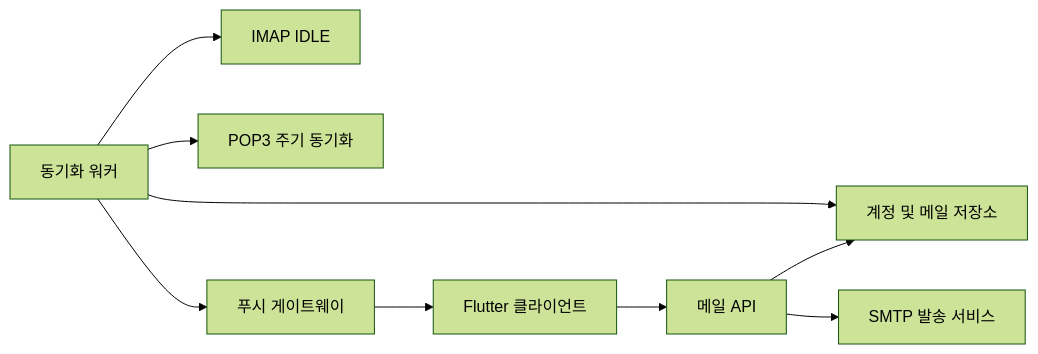
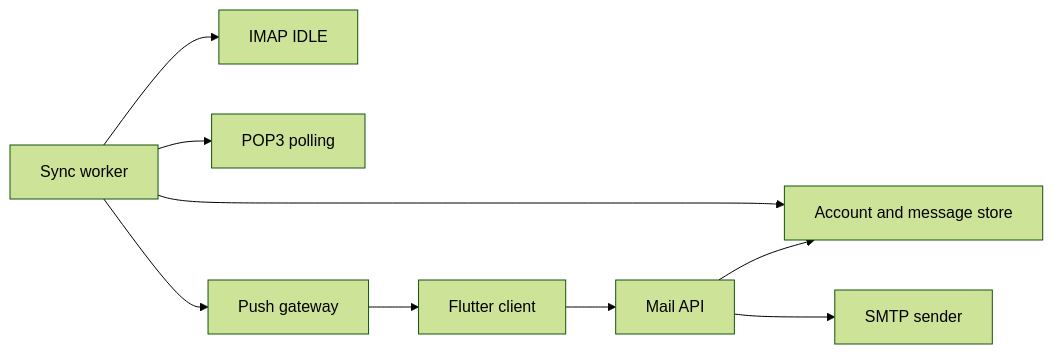
The diagram in README.md (littlebit0/DailyPostBox), drawn with Mermaid (forest theme) before and after one commit. The commit also changed other lines of this file, not shown here.

Commit message:
Restore architecture section in English

````diff
--- a/README.md
+++ b/README.md
@@ -23,11 +23,11 @@
 ```mermaid
 flowchart LR
-  Client["Flutter 클라이언트"] --> API["메일 API"]
-  API --> Store["계정 및 메일 저장소"]
-  API --> SMTP["SMTP 발송 서비스"]
-  Worker["동기화 워커"] --> IMAP["IMAP IDLE"]
-  Worker --> POP3["POP3 주기 동기화"]
+  Client["Flutter client"] --> API["Mail API"]
+  API --> Store["Account and message store"]
+  API --> SMTP["SMTP sender"]
+  Worker["Sync worker"] --> IMAP["IMAP IDLE"]
+  Worker --> POP3["POP3 polling"]
   Worker --> Store
-  Worker --> Push["푸시 게이트웨이"]
+  Worker --> Push["Push gateway"]
   Push --> Client
 ```
````
